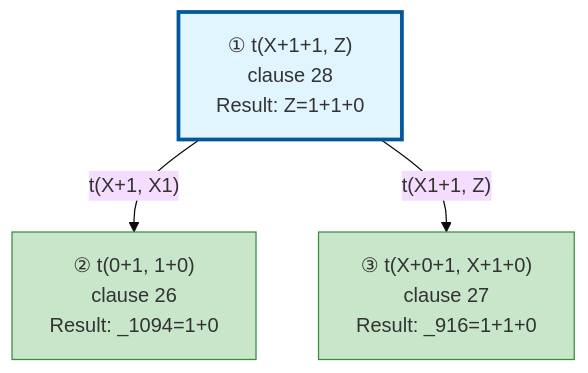
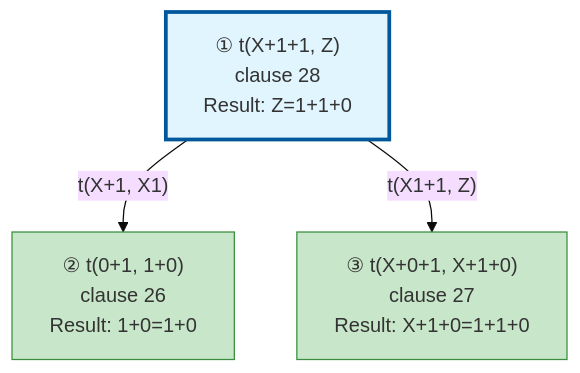
Before and after one commit to jarecsni/prolog-trace-viz: the diagram in examples/3_3_operators-output.md, drawn with Mermaid (base theme). The commit also changed other lines of this file and 9 other files, not shown here.

````diff
--- a/examples/3_3_operators-output.md
+++ b/examples/3_3_operators-output.md
@@ -50,17 +49,17 @@
 ```mermaid
 graph TD
 
 %% Nodes
 A["① t(X+1+1, Z)<br/>clause 28<br/>Result: Z=1+1+0"]
-B["② t(0+1, 1+0)<br/>clause 26<br/>Result: _1094=1+0"]
-C["③ t(X+0+1, X+1+0)<br/>clause 27<br/>Result: _916=1+1+0"]
+B["② t(0+1, 1+0)<br/>clause 26<br/>Result: 1+0=1+0"]
+C["③ t(X+0+1, X+1+0)<br/>clause 27<br/>Result: X+1+0=1+1+0"]
 
 %% Edges
 A -->|"t(X+1, X1)"| B
 A -->|"t(X1+1, Z)"| C
 
 %% Styles
 style A fill:#e1f5ff,stroke:#01579b,stroke-width:3px
 style B fill:#c8e6c9,stroke:#388e3c
 style C fill:#c8e6c9,stroke:#388e3c
 ```
````
